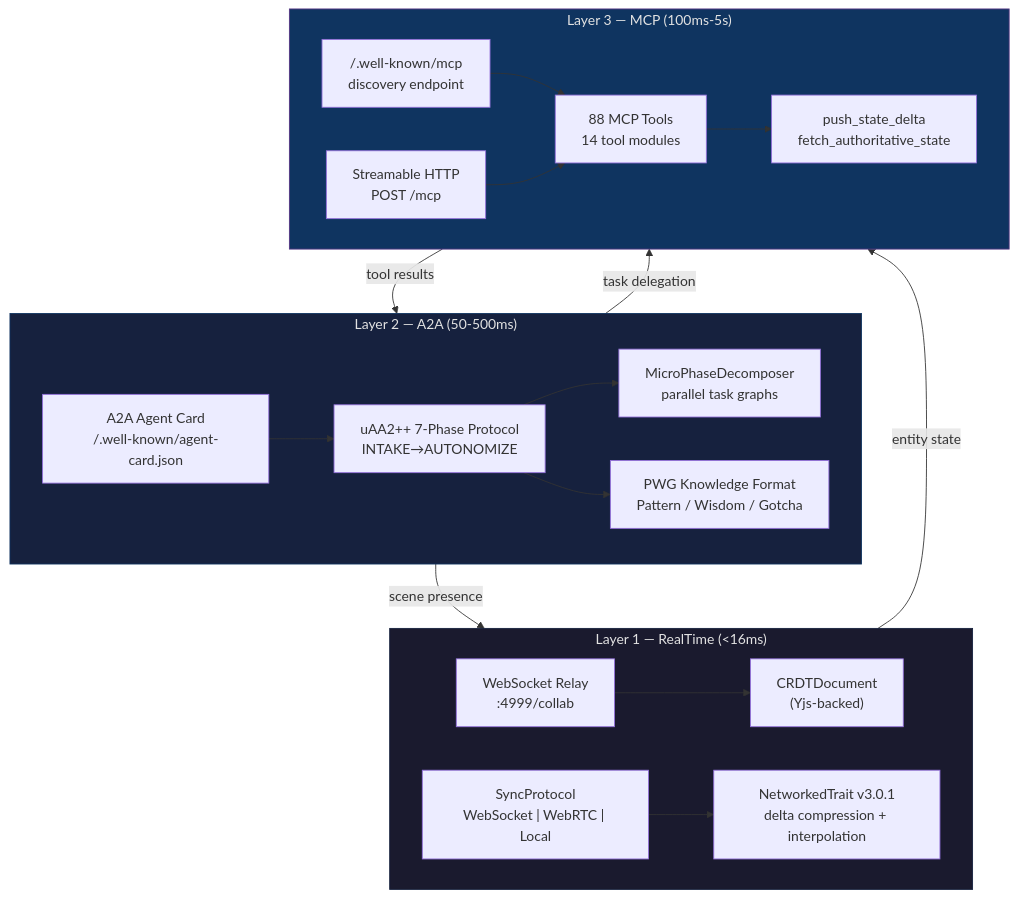
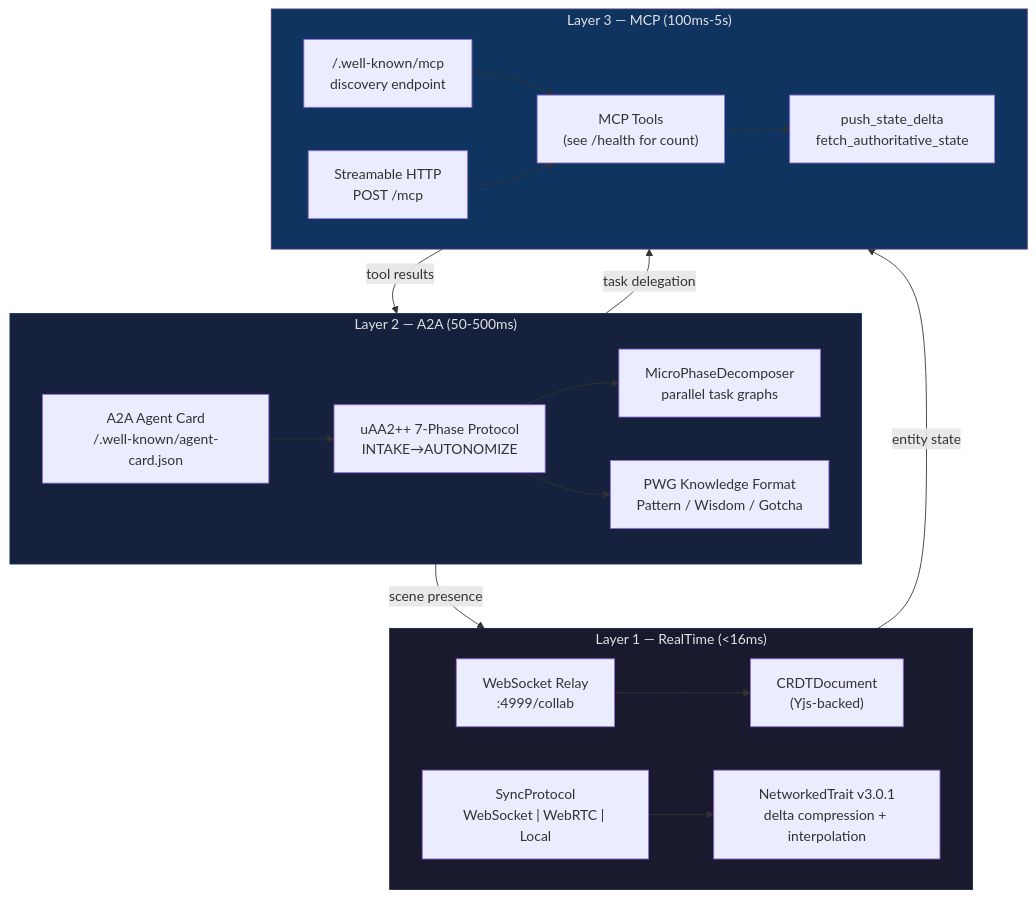
The first of 4 diagrams in docs/mcp-layers.md (brianonbased-dev/HoloScript), drawn with Mermaid before and after one commit. The commit also changed other lines of this file and 24 other files, not shown here.

````diff
--- a/docs/mcp-layers.md
+++ b/docs/mcp-layers.md
@@ -17,40 +17,40 @@
 ```mermaid
 flowchart TB
     subgraph L1["Layer 1 — RealTime (<16ms)"]
         WS["WebSocket Relay<br/>:4999/collab"]
         CRDT["CRDTDocument<br/>(Yjs-backed)"]
         SYNC["SyncProtocol<br/>WebSocket | WebRTC | Local"]
         NET["NetworkedTrait v3.0.1<br/>delta compression + interpolation"]
         WS --> CRDT
         SYNC --> NET
     end
 
     subgraph L2["Layer 2 — A2A (50-500ms)"]
         PROTO["uAA2++ 7-Phase Protocol<br/>INTAKE→AUTONOMIZE"]
         CARD["A2A Agent Card<br/>/.well-known/agent-card.json"]
         MICRO["MicroPhaseDecomposer<br/>parallel task graphs"]
         PWG["PWG Knowledge Format<br/>Pattern / Wisdom / Gotcha"]
         PROTO --> MICRO
         CARD --> PROTO
         PROTO --> PWG
     end
 
     subgraph L3["Layer 3 — MCP (100ms-5s)"]
         DISC["/.well-known/mcp<br/>discovery endpoint"]
-        TOOLS["88 MCP Tools<br/>14 tool modules"]
+        TOOLS["MCP Tools<br/>(see /health for count)"]
         STATE["push_state_delta<br/>fetch_authoritative_state"]
         STREAM["Streamable HTTP<br/>POST /mcp"]
         DISC --> TOOLS
         TOOLS --> STATE
         STREAM --> TOOLS
     end
 
     L1 -- "entity state" --> L3
     L2 -- "task delegation" --> L3
     L2 -- "scene presence" --> L1
     L3 -- "tool results" --> L2
 
     style L1 fill:#1a1a2e,stroke:#16213e,color:#e2e2e2
     style L2 fill:#16213e,stroke:#0f3460,color:#e2e2e2
     style L3 fill:#0f3460,stroke:#533483,color:#e2e2e2
 ```
````
